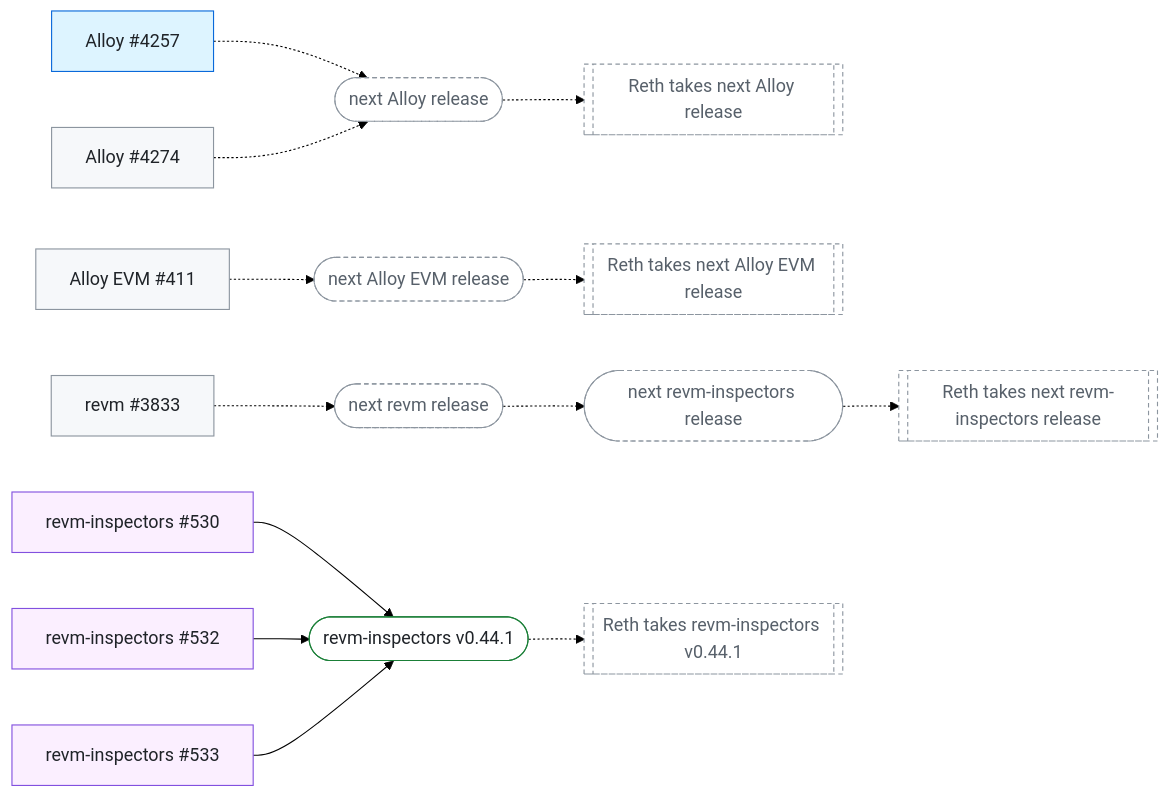
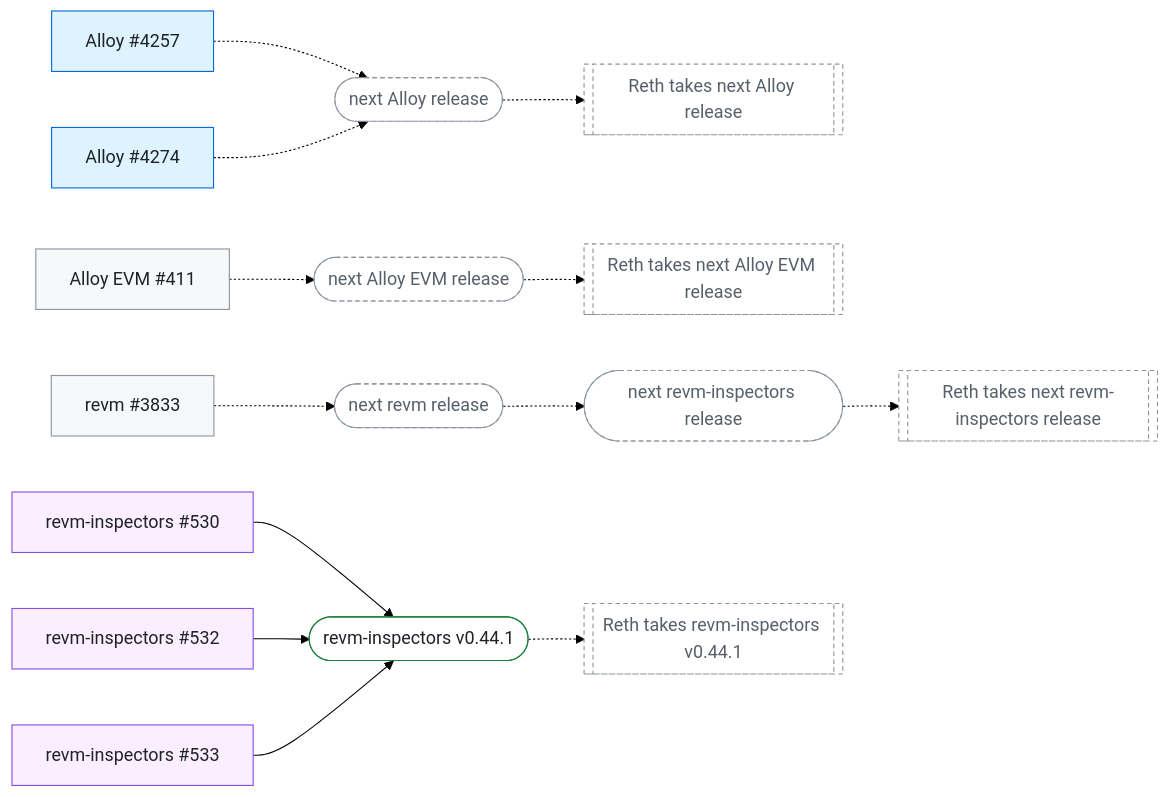
The second of 2 diagrams in docs/client-fixes.md (banteg/trace-interop), drawn with Mermaid (forest theme) before and after one commit. The commit also changed other lines of this file and 4 other files, not shown here.

````diff
--- a/docs/client-fixes.md
+++ b/docs/client-fixes.md
@@ -134,36 +134,36 @@
 ```mermaid
 flowchart LR
   Alloy_4257["Alloy #4257"]:::merged
   next_Alloy_release(["next Alloy release"]):::pending
   Reth_takes_next_Alloy_release[["Reth takes next Alloy release"]]:::pending
-  Alloy_4274["Alloy #4274"]:::open
+  Alloy_4274["Alloy #4274"]:::merged
   Alloy_EVM_411["Alloy EVM #411"]:::open
   next_Alloy_EVM_release(["next Alloy EVM release"]):::pending
   Reth_takes_next_Alloy_EVM_release[["Reth takes next Alloy EVM release"]]:::pending
   revm_3833["revm #3833"]:::open
   next_revm_release(["next revm release"]):::pending
   next_revm_inspectors_release(["next revm-inspectors release"]):::pending
   Reth_takes_next_revm_inspectors_release[["Reth takes next revm-inspectors release"]]:::pending
   revm_inspectors_530["revm-inspectors #530"]:::released
   revm_inspectors_v0_44_1(["revm-inspectors v0.44.1"]):::done
   Reth_takes_revm_inspectors_v0_44_1[["Reth takes revm-inspectors v0.44.1"]]:::pending
   revm_inspectors_532["revm-inspectors #532"]:::released
   revm_inspectors_533["revm-inspectors #533"]:::released
   Alloy_4257 -.-> next_Alloy_release
   next_Alloy_release -.-> Reth_takes_next_Alloy_release
   Alloy_4274 -.-> next_Alloy_release
   Alloy_EVM_411 -.-> next_Alloy_EVM_release
   next_Alloy_EVM_release -.-> Reth_takes_next_Alloy_EVM_release
   revm_3833 -.-> next_revm_release
   next_revm_release -.-> next_revm_inspectors_release
   next_revm_inspectors_release -.-> Reth_takes_next_revm_inspectors_release
   revm_inspectors_530 --> revm_inspectors_v0_44_1
   revm_inspectors_v0_44_1 -.-> Reth_takes_revm_inspectors_v0_44_1
   revm_inspectors_532 --> revm_inspectors_v0_44_1
   revm_inspectors_533 --> revm_inspectors_v0_44_1
   classDef open fill:#f6f8fa,stroke:#8c959f,color:#1f2328
   classDef merged fill:#ddf4ff,stroke:#0969da,color:#1f2328
   classDef released fill:#fbefff,stroke:#8250df,color:#1f2328
   classDef done fill:#ffffff,stroke:#1a7f37,color:#1f2328
   classDef pending fill:#ffffff,stroke:#8c959f,stroke-dasharray:4 3,color:#57606a
 ```
````
